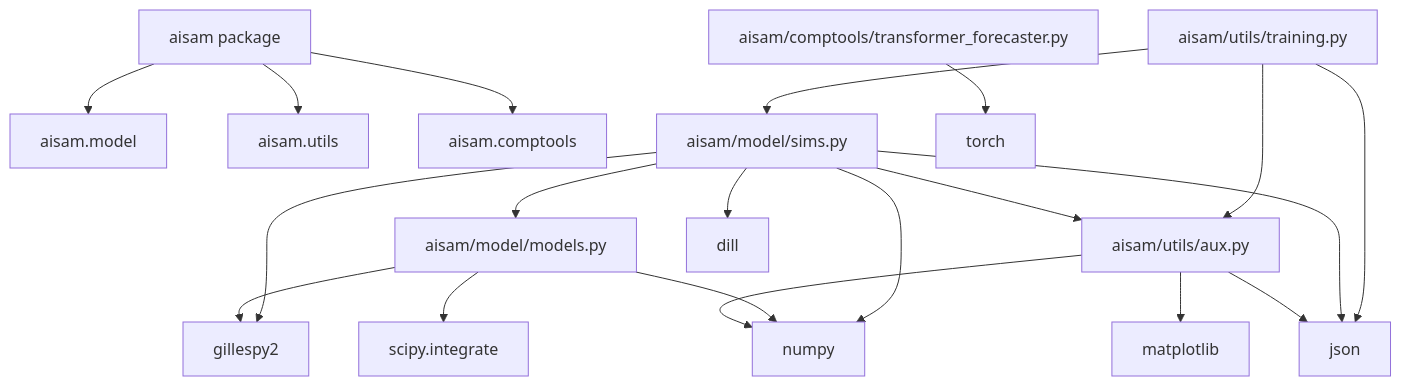
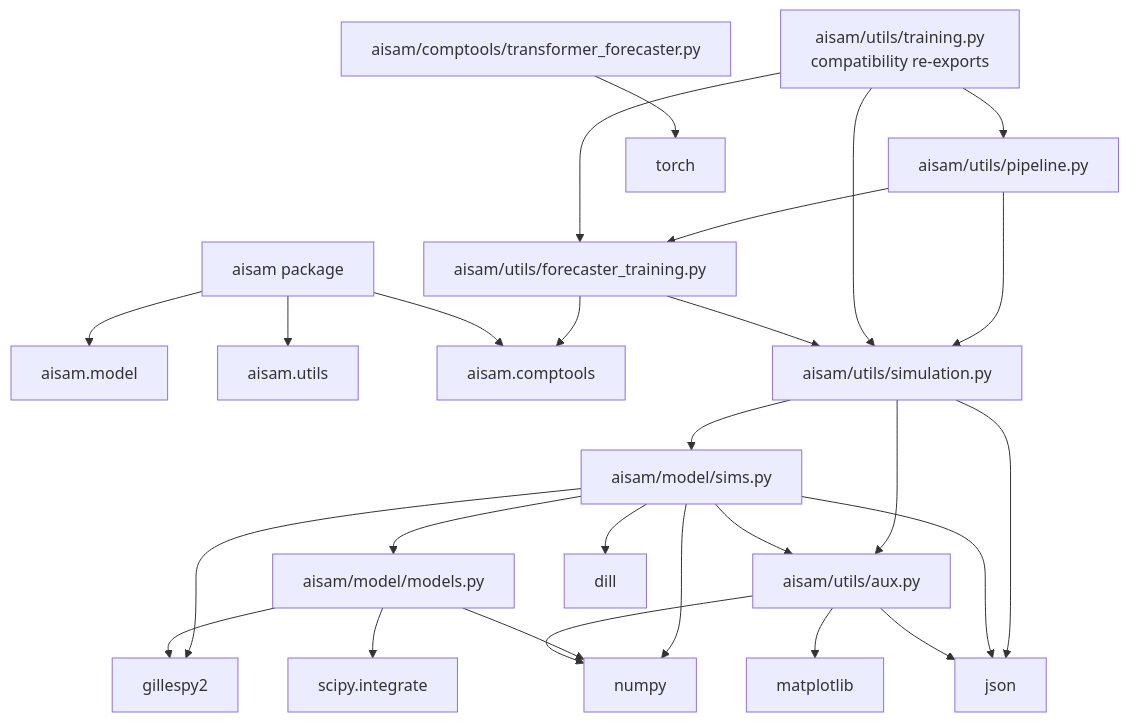
The second of 4 diagrams in README.md (mhossein7/aisam), drawn with Mermaid before and after one commit. The commit also changed other lines of this file and 9 other files, not shown here.

````diff
--- a/README.md
+++ b/README.md
@@ -145,46 +145,56 @@
 ```mermaid
 graph TD
     aisam[aisam package]
     model_pkg[aisam.model]
     utils_pkg[aisam.utils]
     comptools_pkg[aisam.comptools]
 
-    training_py[aisam/utils/training.py]
+    simulation_py[aisam/utils/simulation.py]
+    forecaster_py[aisam/utils/forecaster_training.py]
+    pipeline_py[aisam/utils/pipeline.py]
+    training_py[aisam/utils/training.py<br/>compatibility re-exports]
     sims_py[aisam/model/sims.py]
     models_py[aisam/model/models.py]
     aux_py[aisam/utils/aux.py]
     tf_py[aisam/comptools/transformer_forecaster.py]
 
     gillespy2[gillespy2]
     numpy[numpy]
     scipy[scipy.integrate]
     torch[torch]
     matplotlib[matplotlib]
     dill[dill]
     json[json]
 
-    training_py --> sims_py
-    training_py --> aux_py
-    training_py --> json
+    pipeline_py --> simulation_py
+    pipeline_py --> forecaster_py
+    training_py --> pipeline_py
+    training_py --> simulation_py
+    training_py --> forecaster_py
+    simulation_py --> sims_py
+    simulation_py --> aux_py
+    simulation_py --> json
+    forecaster_py --> simulation_py
+    forecaster_py --> comptools_pkg
 
     aisam --> model_pkg
     aisam --> utils_pkg
     aisam --> comptools_pkg
 
     sims_py --> models_py
     sims_py --> aux_py
     sims_py --> gillespy2
     sims_py --> numpy
     sims_py --> dill
     sims_py --> json
 
     models_py --> gillespy2
     models_py --> numpy
     models_py --> scipy
 
     aux_py --> numpy
     aux_py --> matplotlib
     aux_py --> json
 
     tf_py --> torch
 ```
````
